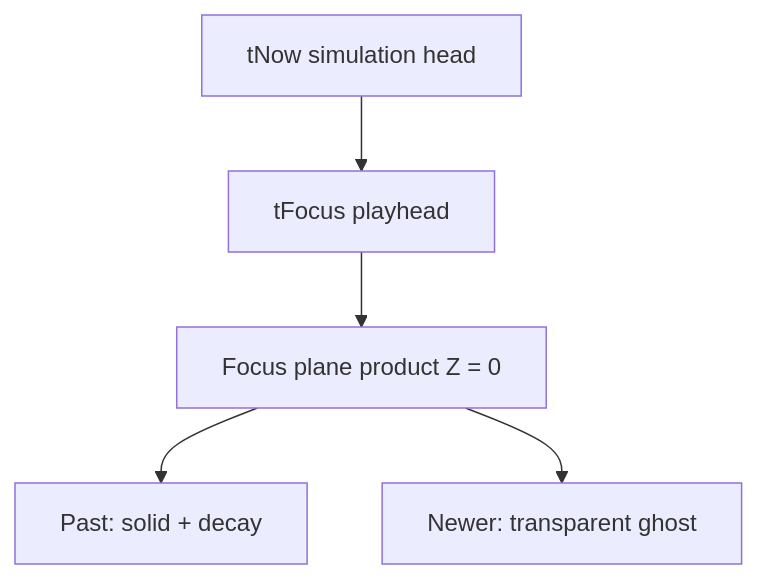
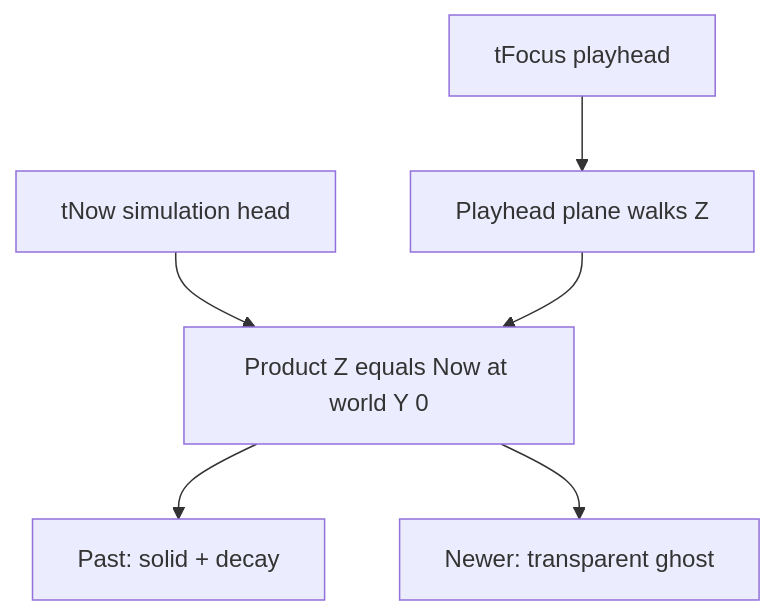
One commit to PiMaV/DONNER changed the ninth of 27 diagrams in architecture.md. Above: the diagram before and after it, drawn with Mermaid. The commit also changed other lines of this file and 22 other files, not shown here.

````diff
--- a/architecture.md
+++ b/architecture.md
@@ -178,9 +178,12 @@
 ```mermaid
 flowchart TB
   tNow[tNow simulation head]
+  origin[Product Z equals Now at world Y 0]
   tFocus[tFocus playhead]
-  tNow --> tFocus
-  tFocus --> plane[Focus plane product Z = 0]
-  plane --> below[Past: solid + decay]
-  plane --> above[Newer: transparent ghost]
+  plane[Playhead plane walks Z]
+  tNow --> origin
+  tFocus --> plane
+  plane --> origin
+  origin --> below[Past: solid + decay]
+  origin --> above[Newer: transparent ghost]
 ```
````
